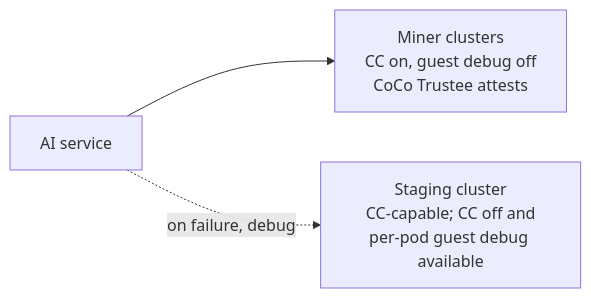
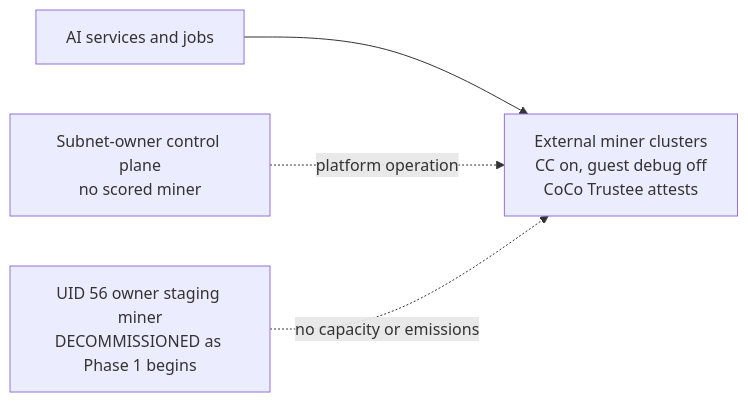
The first of 2 diagrams in README.md (KubeTEE-AI/kubetee-subnet), drawn with Mermaid before and after one commit. The commit also changed other lines of this file and 13 other files, not shown here.

Commit message:
docs(subnet): enter Phase 1 with external miners

````diff
--- a/README.md
+++ b/README.md
@@ -197,5 +190,6 @@
 ```mermaid
 flowchart LR
-    Jobs["AI service"] --> Miners["Miner clusters<br/>CC on, guest debug off<br/>CoCo Trustee attests"]
-    Jobs -.->|"on failure, debug"| Staging["Staging cluster<br/>CC-capable; CC off and<br/>per-pod guest debug available"]
+    Services["AI services and jobs"] --> Miners["External miner clusters<br/>CC on, guest debug off<br/>CoCo Trustee attests"]
+    Owner["Subnet-owner control plane<br/>no scored miner"] -.->|platform operation| Miners
+    Retired["UID 56 owner staging miner<br/>DECOMMISSIONED as Phase 1 begins"] -.->|no capacity or emissions| Miners
 ```
````
